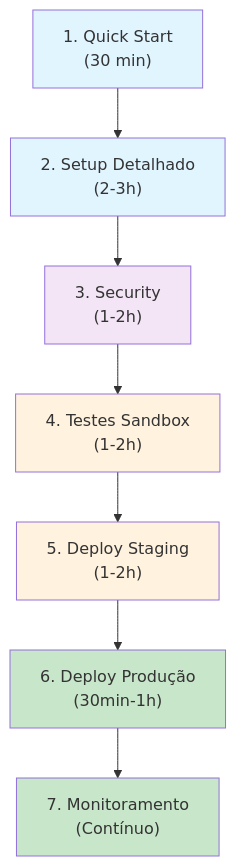
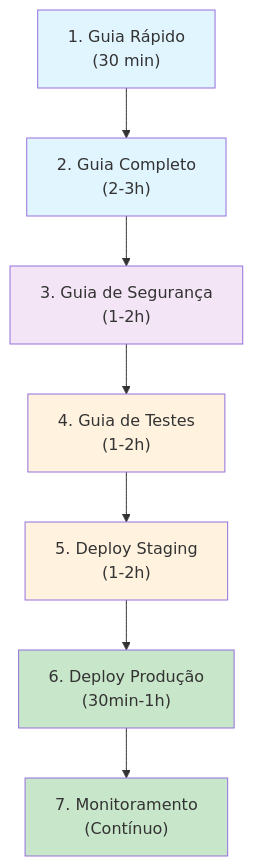
One commit to gilmar42/sored-sistema-de-orcamento-rapido-principal changed the diagram in docs/MERCADO-PAGO-ROADMAP.md. Above: the diagram before and after it, drawn with Mermaid. The commit also changed other lines of this file and 17 other files, not shown here.

````diff
--- a/docs/MERCADO-PAGO-ROADMAP.md
+++ b/docs/MERCADO-PAGO-ROADMAP.md
@@ -214,17 +216,17 @@
 ```mermaid
 graph TD
-    A["1. Quick Start<br/>(30 min)"] --> B["2. Setup Detalhado<br/>(2-3h)"]
-    B --> C["3. Security<br/>(1-2h)"]
-    C --> D["4. Testes Sandbox<br/>(1-2h)"]
+    A["1. Guia Rápido<br/>(30 min)"] --> B["2. Guia Completo<br/>(2-3h)"]
+    B --> C["3. Guia de Segurança<br/>(1-2h)"]
+    C --> D["4. Guia de Testes<br/>(1-2h)"]
     D --> E["5. Deploy Staging<br/>(1-2h)"]
     E --> F["6. Deploy Produção<br/>(30min-1h)"]
     F --> G["7. Monitoramento<br/>(Contínuo)"]
     
     style A fill:#e1f5ff
     style B fill:#e1f5ff
     style C fill:#f3e5f5
     style D fill:#fff3e0
     style E fill:#fff3e0
     style F fill:#c8e6c9
     style G fill:#c8e6c9
 ```
````
